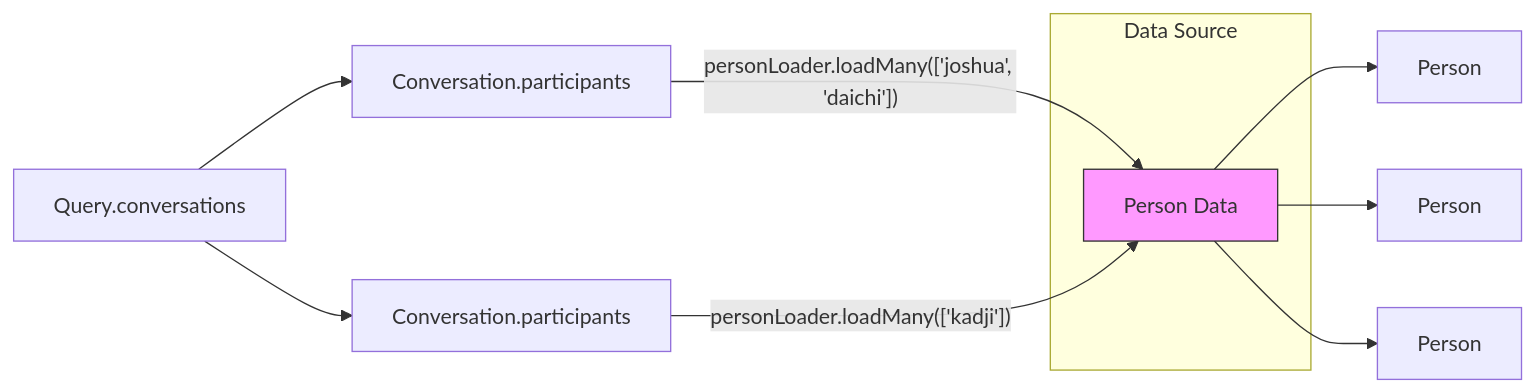
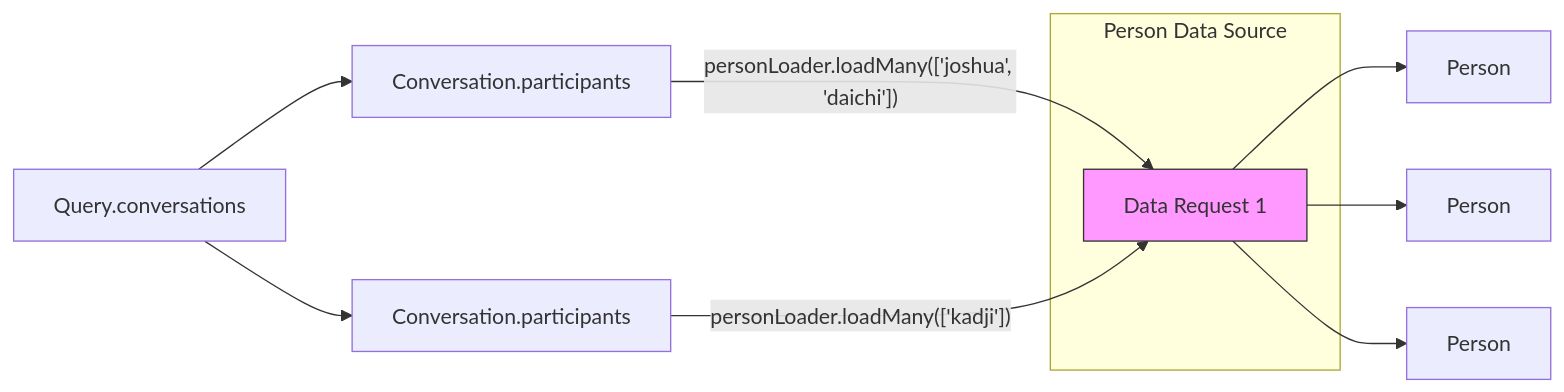
The fourth of 4 diagrams in website/docs/learn-graphql/guides/graphql-execution.md (ira-kaundal/graphitation), drawn with Mermaid before and after one commit. The commit also changed other lines of this file, not shown here.

````diff
--- a/website/docs/learn-graphql/guides/graphql-execution.md
+++ b/website/docs/learn-graphql/guides/graphql-execution.md
@@ -425,16 +425,16 @@
 ```mermaid
 graph LR
   Q["Query.conversations"] --> C1["Conversation.participants"]
   Q --> C2["Conversation.participants"]
-  subgraph Data Source
-    P["Person Data"]
+  subgraph Person Data Source
+    P["Data Request 1"]
   end
   C1 -->|"personLoader.loadMany(['joshua', 'daichi'])"| P
   C2 -->|"personLoader.loadMany(['kadji'])"| P
   P --> U1["Person"]
   P --> U2["Person"]
   P --> U3["Person"]
 
 classDef external fill:#f9f,stroke:#333;
 class P external;
 ```
````
